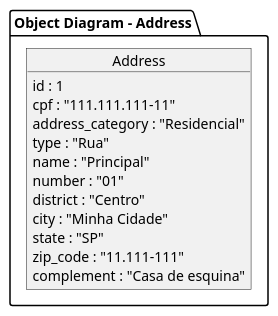
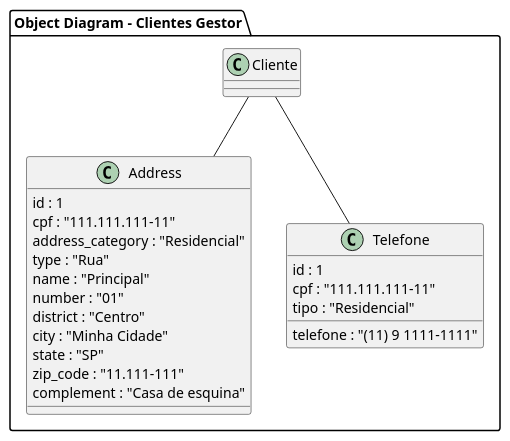
One commit to douglascarlos-dev/Clientes-Gestor changed the diagram in modelagem/diagrama_de_objetos_address.plantuml. Above: the diagram before and after it, drawn with PlantUML. The commit also changed 4 other files, not shown here.

Commit message:
:memo: Atualização da documentação e diagramas de UML.

```diff
--- a/modelagem/diagrama_de_objetos_address.plantuml
+++ b/modelagem/diagrama_de_objetos_address.plantuml
@@ -1,19 +1,29 @@
 @startuml Object Diagram
 
-package "Object Diagram - Address" {
+package "Object Diagram - Clientes Gestor" {
+
+Cliente -- Address
+Cliente -- Telefone
 
 object Address {
   id : 1
   cpf : "111.111.111-11"
   address_category : "Residencial"
   type : "Rua"
   name : "Principal"
   number : "01"
   district : "Centro"
   city : "Minha Cidade"
   state : "SP"
   zip_code : "11.111-111"
   complement : "Casa de esquina"
 }
 
+object Telefone {
+  id : 1
+  cpf : "111.111.111-11"
+  telefone : "(11) 9 1111-1111"
+  tipo : "Residencial"
+}
+
 @enduml
```
